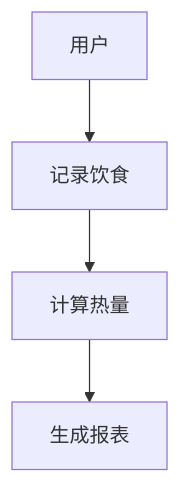
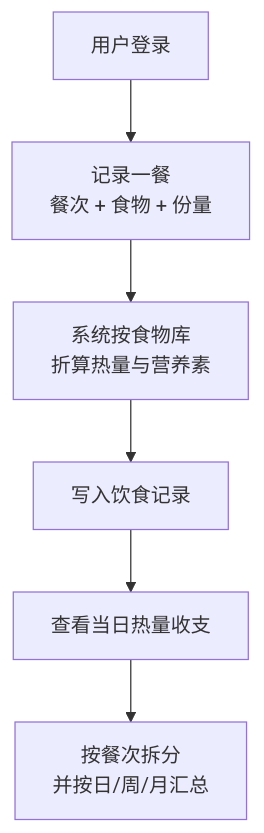
The first of 2 diagrams in docs/homework/week-02/index.md (kfk12344/microservices-practice-2412190233), drawn with Mermaid before and after one commit. The commit also changed other lines of this file and 57 other files, not shown here.

````diff
--- a/docs/homework/week-02/index.md
+++ b/docs/homework/week-02/index.md
@@ -5,6 +13,8 @@
 ```mermaid
 graph TD
-    A[用户] --> B[记录饮食]
-    B --> C[计算热量]
-    C --> D[生成报表]
+    A[用户登录] --> B[记录一餐<br/>餐次 + 食物 + 份量]
+    B --> C[系统按食物库<br/>折算热量与营养素]
+    C --> D[写入饮食记录]
+    D --> E[查看当日热量收支]
+    E --> F[按餐次拆分<br/>并按日/周/月汇总]
 ```
````
